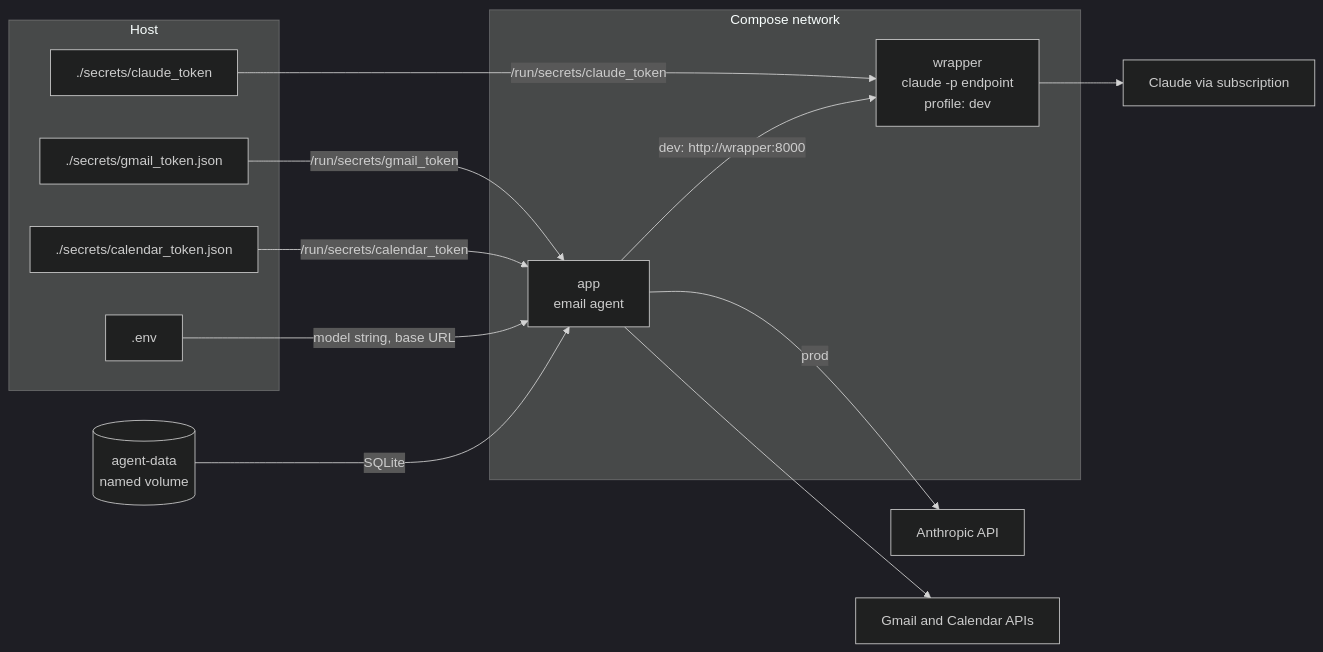
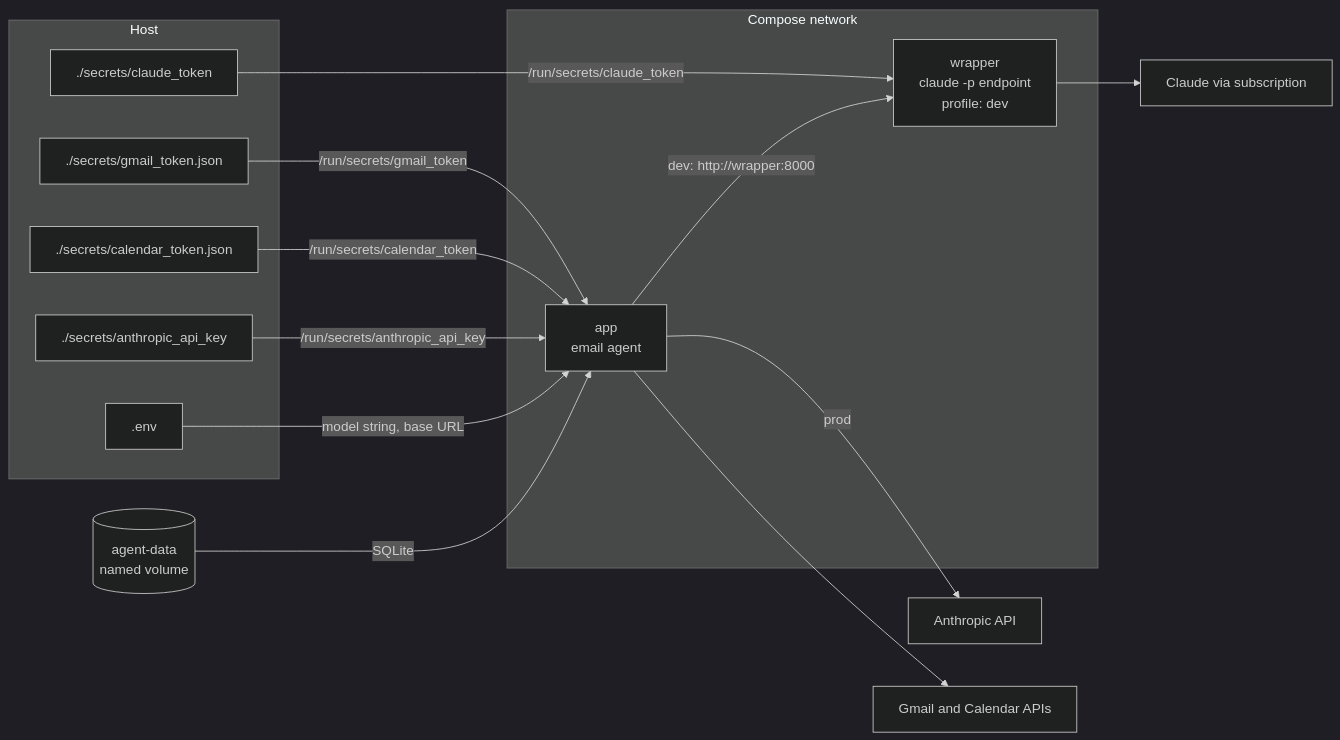
One commit to andreicaminschi/ai-email-assistant changed the first of 2 diagrams in docs/containers.md. Above: the diagram before and after it, drawn with Mermaid (dark theme). The commit also changed other lines of this file and 5 other files, not shown here.

````diff
--- a/docs/containers.md
+++ b/docs/containers.md
@@ -27,27 +28,29 @@
 ```mermaid
 flowchart LR
     subgraph Host
         S1[./secrets/gmail_token.json]
         S2[./secrets/calendar_token.json]
         S3[./secrets/claude_token]
+        S4[./secrets/anthropic_api_key]
         ENV[.env]
     end
 
     subgraph Compose network
         APP[app<br/>email agent]
         WR[wrapper<br/>claude -p endpoint<br/>profile: dev]
     end
 
     VOL[(agent-data<br/>named volume)]
 
     S1 -- /run/secrets/gmail_token --> APP
     S2 -- /run/secrets/calendar_token --> APP
     S3 -- /run/secrets/claude_token --> WR
+    S4 -- /run/secrets/anthropic_api_key --> APP
     ENV -- model string, base URL --> APP
     VOL -- SQLite --> APP
 
     APP -- prod --> ANT[Anthropic API]
     APP -- dev: http://wrapper:8000 --> WR
     WR --> CL[Claude via subscription]
     APP --> G[Gmail and Calendar APIs]
 ```
````
